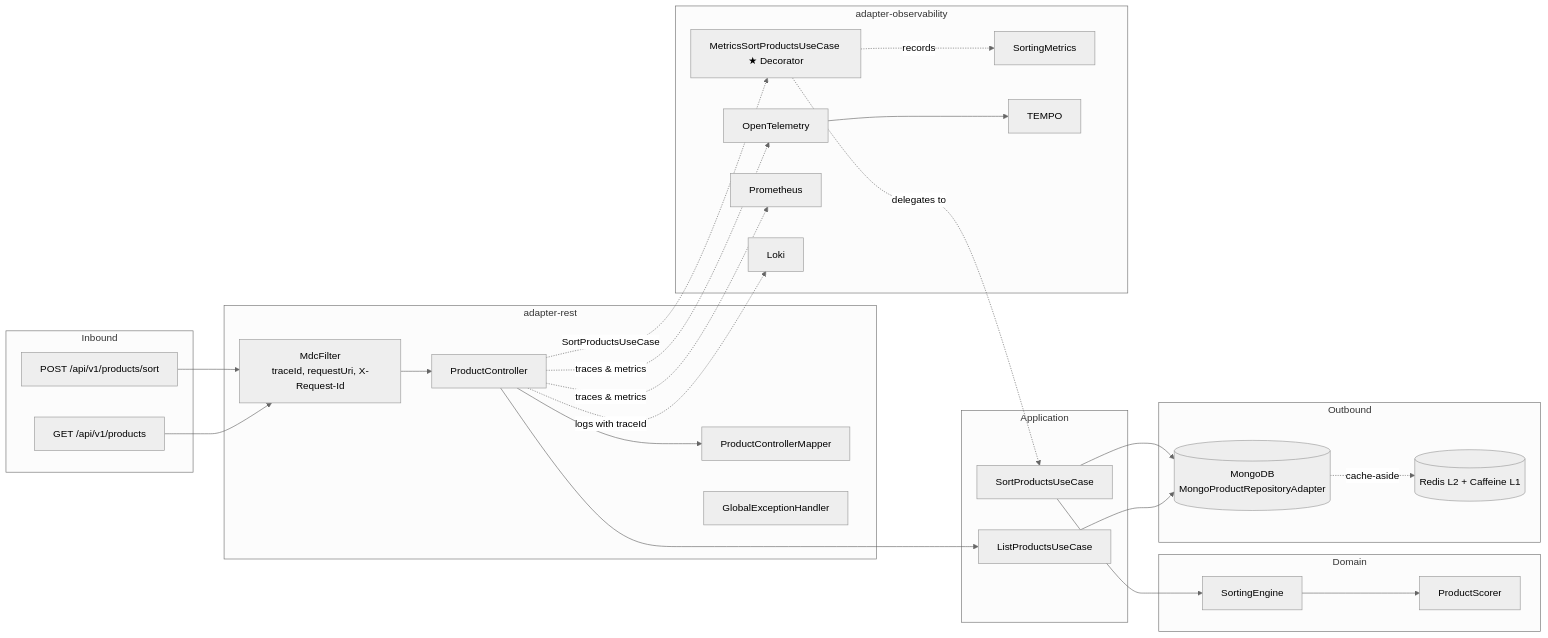
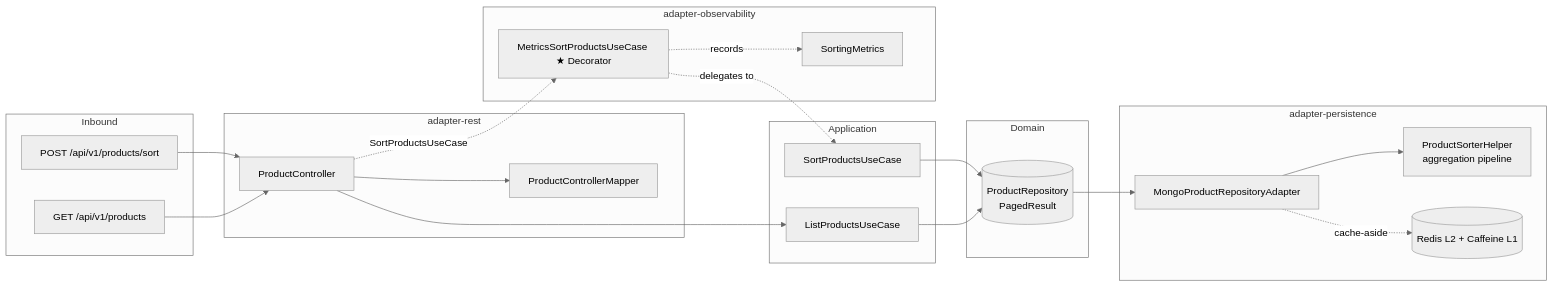
One commit to JuanPabloJimenezEsclusa/product-sorter changed the second of 2 diagrams in README.md. Above: the diagram before and after it, drawn with Mermaid (neutral theme). The commit also changed other lines of this file and 53 other files, not shown here.

Commit message:
refactor(adapter): replace in-memory scoring with aggregation pipeline

````diff
--- a/README.md
+++ b/README.md
@@ -95,42 +164,36 @@
 ```mermaid
 flowchart LR
     subgraph Inbound
         POST["POST /api/v1/products/sort"]
         GET["GET /api/v1/products"]
     end
     subgraph adapter-rest
         C[ProductController]
         M[ProductControllerMapper]
-        H[GlobalExceptionHandler]
-        MDC[MdcFilter<br/>traceId, requestUri, X-Request-Id]
     end
     subgraph Application
         SUC[SortProductsUseCase]
         LUC[ListProductsUseCase]
     end
     subgraph Domain
-        SE2[SortingEngine]
-        PS2[ProductScorer]
+        REPO[(ProductRepository<br/>PagedResult)]
     end
-    subgraph Outbound
-        MONGO[(MongoDB<br/>MongoProductRepositoryAdapter)]
+    subgraph adapter-persistence
+        HLP[ProductSorterHelper<br/>aggregation pipeline]
+        ADPT[MongoProductRepositoryAdapter]
         CACHE[("Redis L2 + Caffeine L1")]
     end
     subgraph adapter-observability
         MM[MetricsSortProductsUseCase ★ Decorator]
         SM[SortingMetrics]
-        OT[OpenTelemetry] --> TEMPO
-        PROM[Prometheus]
-        LOKI[Loki]
     end
 
-    POST & GET --> MDC
-    MDC --> C --> M
+    POST & GET --> C --> M
     C -.->|SortProductsUseCase| MM
     C --> LUC
-    MM -.->|delegates to| SUC --> SE2 --> PS2
-    SUC & LUC --> MONGO -.->|cache-aside| CACHE
+    MM -.->|delegates to| SUC --> REPO
+    LUC --> REPO
+    REPO --> ADPT --> HLP
+    ADPT -.->|cache-aside| CACHE
     MM -.->|records| SM
-    C -.->|traces & metrics| OT & PROM
-    C -.->|logs with traceId| LOKI
 ```
````
